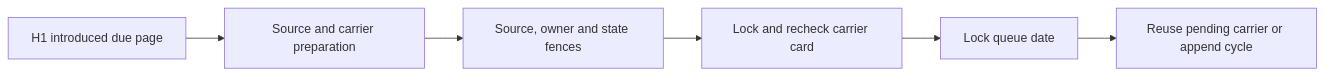
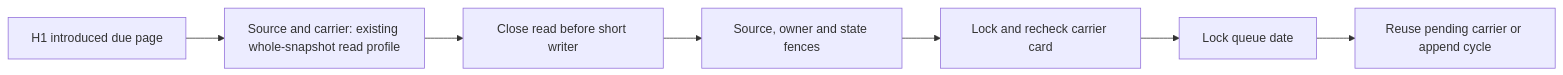
Before and after one commit to aaweaver-actuary/tempo: the sixth of 6 diagrams in database/tempo_legacy_database/adapters/queue_refresh/README.md, drawn with Mermaid. The commit also changed other lines of this file and 1 other file, not shown here.

Commit message:
Document whole-source preparation outside short queue units

````diff
--- a/database/tempo_legacy_database/adapters/queue_refresh/README.md
+++ b/database/tempo_legacy_database/adapters/queue_refresh/README.md
@@ -229,8 +231,9 @@
 ```mermaid
 flowchart LR
-    H1[H1 introduced due page] --> Prepare[Source and carrier preparation]
-    Prepare --> Fence[Source, owner and state fences]
-    Fence --> Card[Lock and recheck carrier card]
-    Card --> Day[Lock queue date]
-    Day --> Queue[Reuse pending carrier or append cycle]
+    H1["H1 introduced due page"] --> Prepare["Source and carrier: existing whole-snapshot read profile"]
+    Prepare --> Close["Close read before short writer"]
+    Close --> Fence["Source, owner and state fences"]
+    Fence --> Card["Lock and recheck carrier card"]
+    Card --> Day["Lock queue date"]
+    Day --> Queue["Reuse pending carrier or append cycle"]
 ```
````
